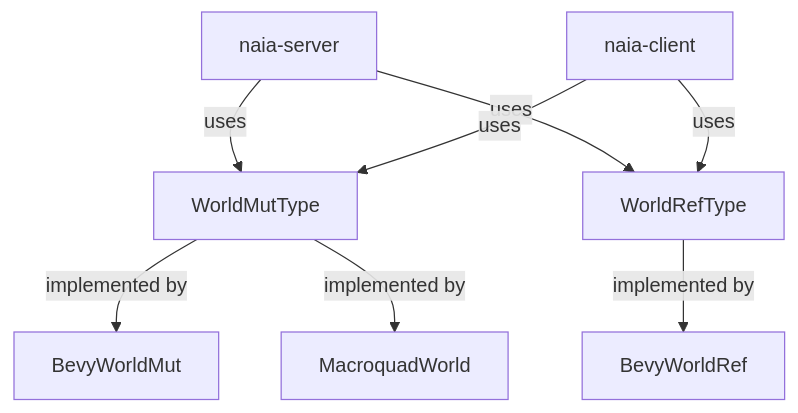
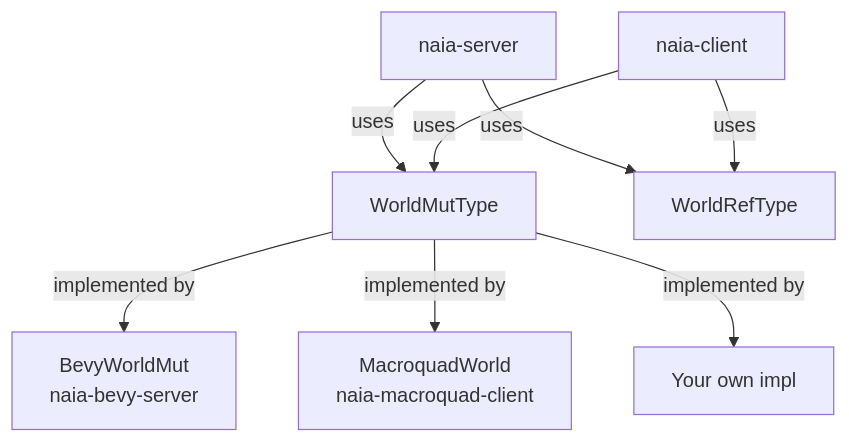
The diagram in book/src/adapters/overview.md (naia-lib/naia), drawn with Mermaid before and after one commit. The commit also changed other lines of this file and 29 other files, not shown here.

````diff
--- a/book/src/adapters/overview.md
+++ b/book/src/adapters/overview.md
@@ -11,10 +86,10 @@
 ```mermaid
 graph TD
     Server[naia-server] -->|uses| WorldMutType
     Server -->|uses| WorldRefType
     Client[naia-client] -->|uses| WorldMutType
     Client -->|uses| WorldRefType
-    WorldMutType -->|implemented by| BevyWorld[BevyWorldMut]
-    WorldMutType -->|implemented by| MqWorld[MacroquadWorld]
-    WorldRefType -->|implemented by| BevyWorldRef[BevyWorldRef]
+    WorldMutType -->|implemented by| BevyWorld[BevyWorldMut<br/>naia-bevy-server]
+    WorldMutType -->|implemented by| MqWorld[MacroquadWorld<br/>naia-macroquad-client]
+    WorldMutType -->|implemented by| Custom[Your own impl]
 ```
````
